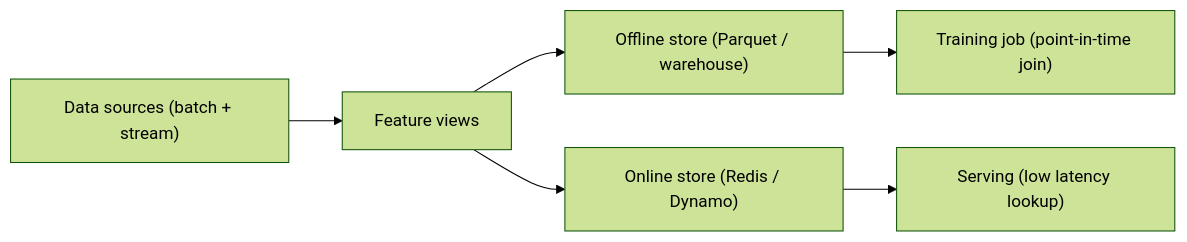
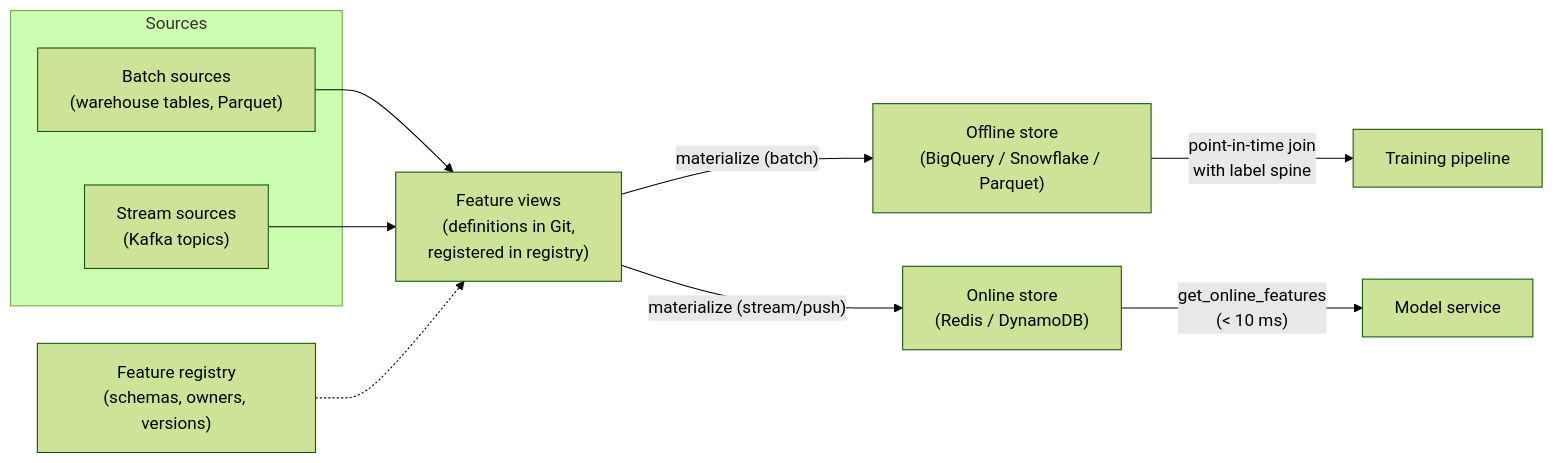
Before and after one commit to ABHIRAM3007/itp: the first of 2 diagrams in roadmap/phase-5-mlops/06-feature-stores.md, drawn with Mermaid (forest theme). The commit also changed other lines of this file and 16 other files, not shown here.

````diff
--- a/roadmap/phase-5-mlops/06-feature-stores.md
+++ b/roadmap/phase-5-mlops/06-feature-stores.md
@@ -60,8 +84,14 @@
 ```mermaid
 flowchart LR
-    Src["Data sources (batch + stream)"] --> FV["Feature views"]
-    FV --> Off["Offline store (Parquet / warehouse)"]
-    FV --> On["Online store (Redis / Dynamo)"]
-    Off --> Train["Training job (point-in-time join)"]
-    On --> Serve["Serving (low latency lookup)"]
+    subgraph Sources
+        B["Batch sources\n(warehouse tables, Parquet)"]
+        St["Stream sources\n(Kafka topics)"]
+    end
+    B --> FV["Feature views\n(definitions in Git,\nregistered in registry)"]
+    St --> FV
+    FV -->|"materialize (batch)"| Off["Offline store\n(BigQuery / Snowflake / Parquet)"]
+    FV -->|"materialize (stream/push)"| On["Online store\n(Redis / DynamoDB)"]
+    Off -->|"point-in-time join\nwith label spine"| Train["Training pipeline"]
+    On -->|"get_online_features\n(< 10 ms)"| Serve["Model service"]
+    Reg["Feature registry\n(schemas, owners, versions)"] -.-> FV
 ```
````
